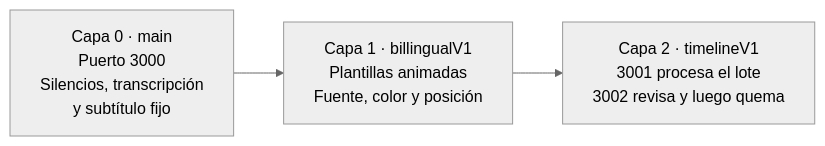
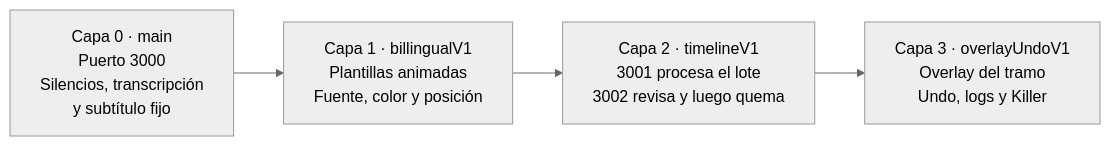
Before and after one commit to Juan9201/CC-V1: the first of 2 diagrams in README.md, drawn with Mermaid (neutral theme). The commit also changed other lines of this file, not shown here.

First line of the commit message:
Record layer 3 on the map: overlay, undo, logs, and the queue controls.

````diff
--- a/README.md
+++ b/README.md
@@ -7,7 +7,8 @@
 ```mermaid
 flowchart LR
   c0["Capa 0 · main<br/>Puerto 3000<br/>Silencios, transcripción<br/>y subtítulo fijo"]
   c1["Capa 1 · billingualV1<br/>Plantillas animadas<br/>Fuente, color y posición"]
   c2["Capa 2 · timelineV1<br/>3001 procesa el lote<br/>3002 revisa y luego quema"]
-  c0 --> c1 --> c2
+  c3["Capa 3 · overlayUndoV1<br/>Overlay del tramo<br/>Undo, logs y Killer"]
+  c0 --> c1 --> c2 --> c3
 ```
````
